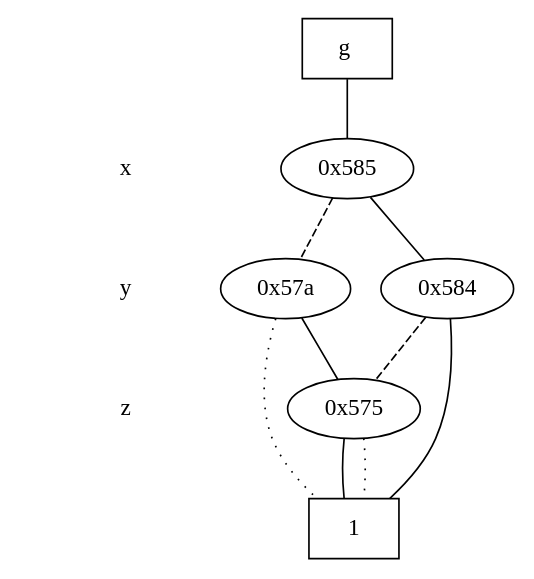
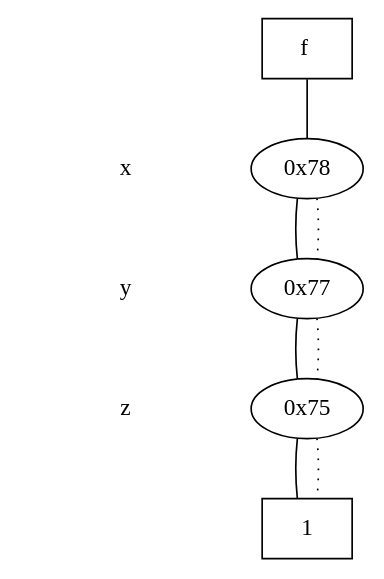
The diagram in cudd-3.0.0/hw5_quo.dot (steefbrown/ece6740), drawn with Graphviz before and after one commit. The commit also changed 386 other files, not shown here.

```diff
--- a/cudd-3.0.0/hw5_quo.dot
+++ b/cudd-3.0.0/hw5_quo.dot
@@ -1,36 +1,33 @@
 digraph "DD" {
 size = "7.5,10"
 center = true;
 edge [dir = none];
 { node [shape = plaintext];
   edge [style = invis];
   "CONST NODES" [style = invis];
 " x " -> " y " -> " z " -> "CONST NODES"; 
 }
 { rank = same; node [shape = box]; edge [style = invis];
-"  g  "; }
+"  f  "; }
 { rank = same; " x ";
-"0x585";
+"0x78";
 }
 { rank = same; " y ";
-"0x57a";
-"0x584";
+"0x77";
 }
 { rank = same; " z ";
-"0x575";
+"0x75";
 }
 { rank = same; "CONST NODES";
-{ node [shape = box]; "0x56f";
+{ node [shape = box]; "0x6f";
 }
 }
-"  g  " -> "0x585" [style = solid];
-"0x585" -> "0x584";
-"0x585" -> "0x57a" [style = dashed];
-"0x57a" -> "0x575";
-"0x57a" -> "0x56f" [style = dotted];
-"0x584" -> "0x56f";
-"0x584" -> "0x575" [style = dashed];
-"0x575" -> "0x56f";
-"0x575" -> "0x56f" [style = dotted];
-"0x56f" [label = "1"];
+"  f  " -> "0x78" [style = solid];
+"0x78" -> "0x77";
+"0x78" -> "0x77" [style = dotted];
+"0x77" -> "0x75";
+"0x77" -> "0x75" [style = dotted];
+"0x75" -> "0x6f";
+"0x75" -> "0x6f" [style = dotted];
+"0x6f" [label = "1"];
 }
```
